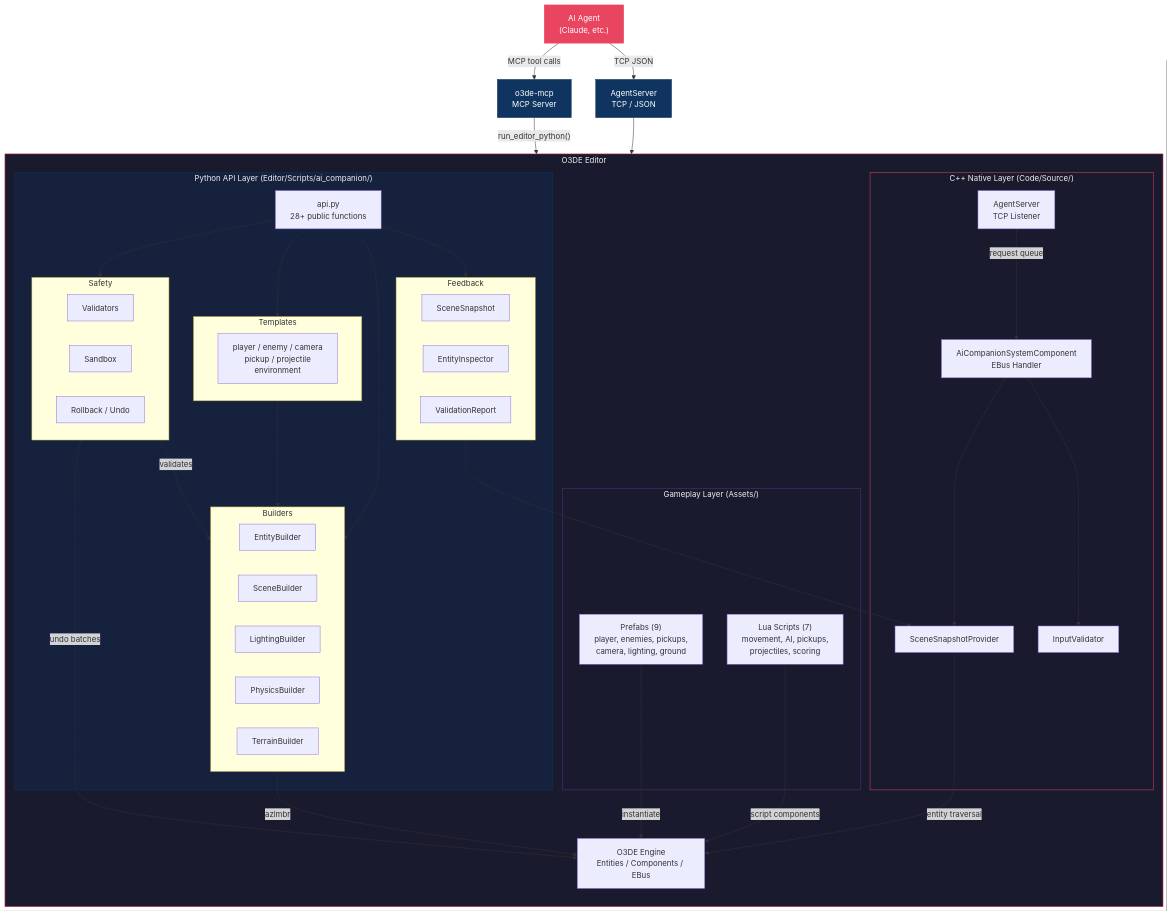
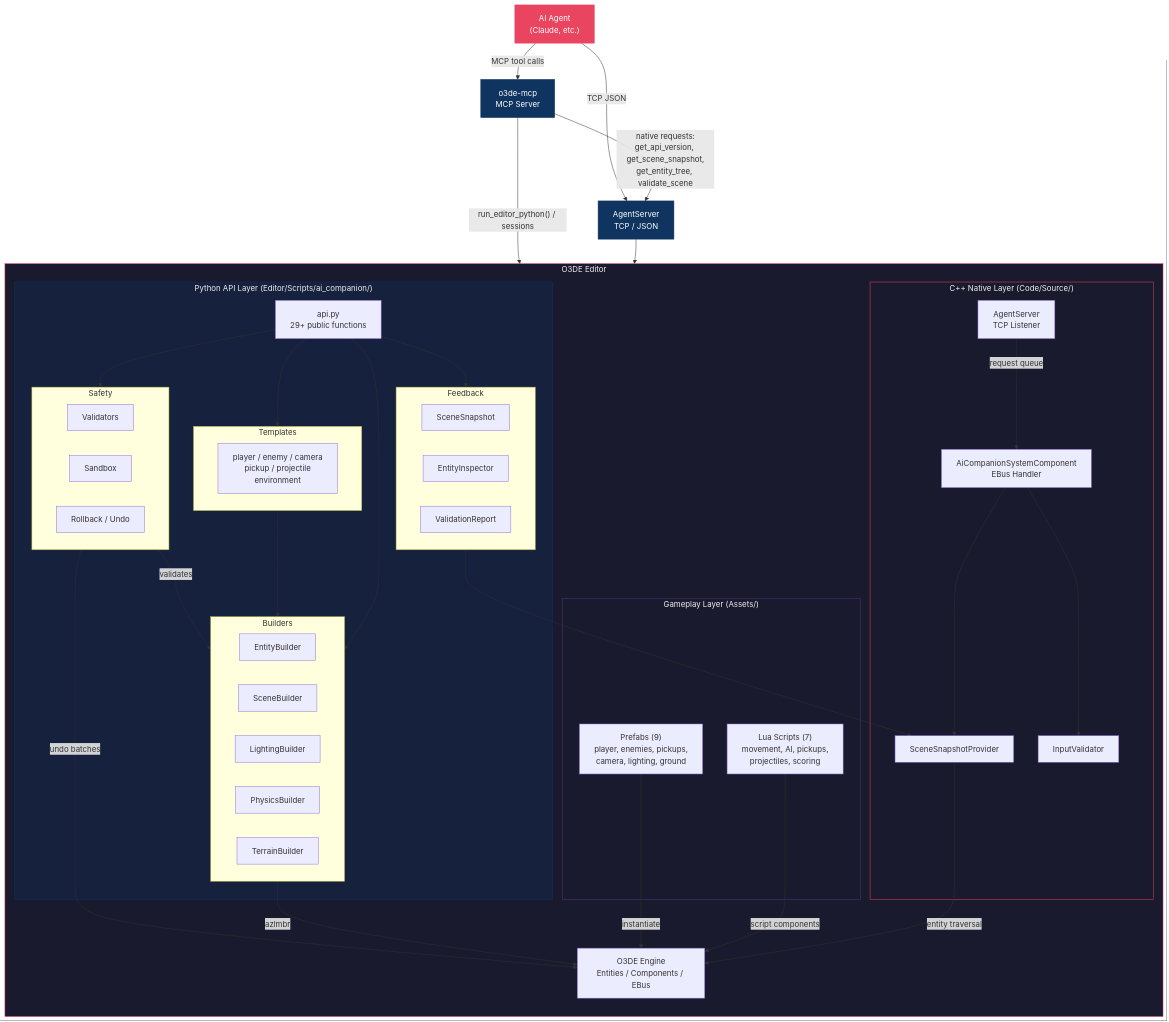
The diagram in Docs/architecture.md (nickschuetz/o3de-ai-companion-gem), drawn with Mermaid before and after one commit. The commit also changed other lines of this file and 6 other files, not shown here.

First line of the commit message:
Document o3de-mcp's native request path, the spawn_prefab guard, and sessions

```diff
--- a/Docs/architecture.md
+++ b/Docs/architecture.md
@@ -23,7 +23,7 @@
         direction TB
 
         subgraph PythonAPI["Python API Layer  (Editor/Scripts/ai_companion/)"]
-            API["api.py<br/>28+ public functions"]
+            API["api.py<br/>29+ public functions"]
 
             subgraph Builders["Builders"]
                 EB["EntityBuilder"]
@@ -67,7 +67,8 @@
 
     Agent -->|"MCP tool calls"| MCP
     Agent -->|"TCP JSON"| AgentSrv
-    MCP -->|"run_editor_python()"| API
+    MCP -->|"run_editor_python() / sessions"| API
+    MCP -->|"native requests:<br/>get_api_version, get_scene_snapshot,<br/>get_entity_tree, validate_scene"| AgentSrv
     AgentSrv --> AS
     AS -->|"request queue"| SysComp
 
```
